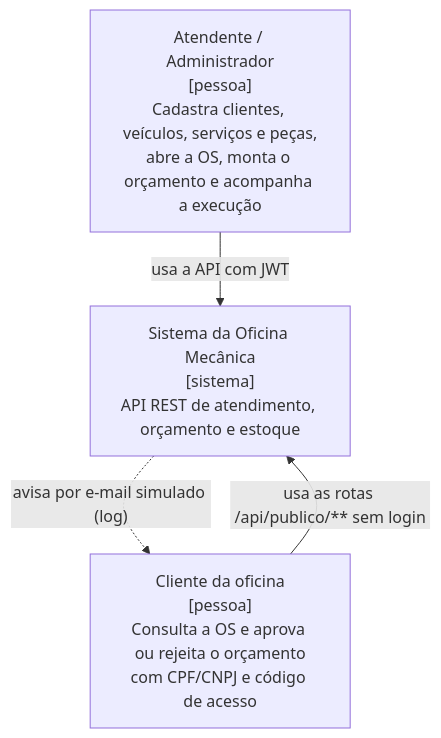
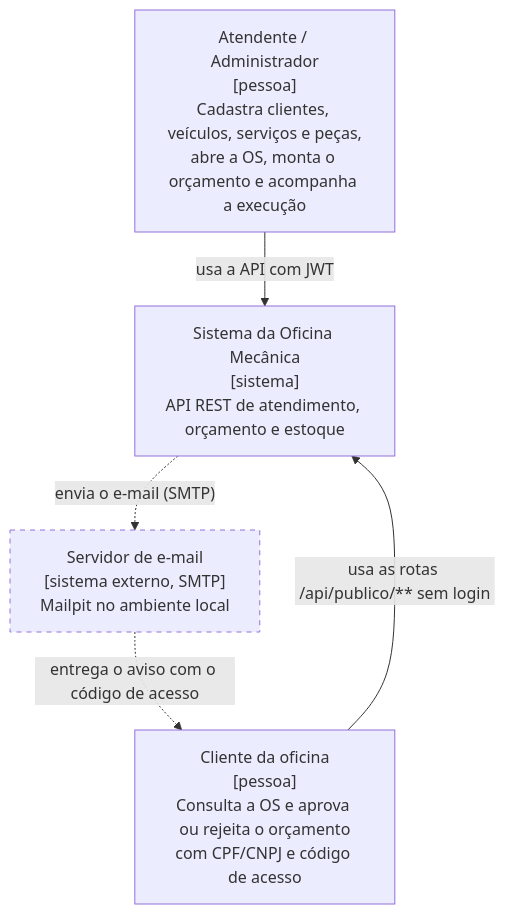
One commit to FIAP-18SOAT-Grupo31/oficina-mecanica changed the first of 3 diagrams in docs/arquitetura/c4.md. Above: the diagram before and after it, drawn with Mermaid. The commit also changed other lines of this file and 21 other files, not shown here.

First line of the commit message:
docs: atualiza diagramas do egon e docs com o que entrou no #42

````diff
--- a/docs/arquitetura/c4.md
+++ b/docs/arquitetura/c4.md
@@ -20,10 +20,13 @@
 ```mermaid
 flowchart TB
     atendente["Atendente / Administrador<br/>[pessoa]<br/>Cadastra clientes, veículos, serviços e peças,<br/>abre a OS, monta o orçamento e acompanha a execução"]
     cliente["Cliente da oficina<br/>[pessoa]<br/>Consulta a OS e aprova ou rejeita o orçamento<br/>com CPF/CNPJ e código de acesso"]
     sistema["Sistema da Oficina Mecânica<br/>[sistema]<br/>API REST de atendimento, orçamento e estoque"]
+    smtp["Servidor de e-mail<br/>[sistema externo, SMTP]<br/>Mailpit no ambiente local"]
+    style smtp stroke-dasharray: 5 5
 
     atendente -- "usa a API com JWT" --> sistema
     cliente -- "usa as rotas /api/publico/** sem login" --> sistema
-    sistema -. "avisa por e-mail simulado (log)" .-> cliente
+    sistema -. "envia o e-mail (SMTP)" .-> smtp
+    smtp -. "entrega o aviso com o código de acesso" .-> cliente
 ```
````
